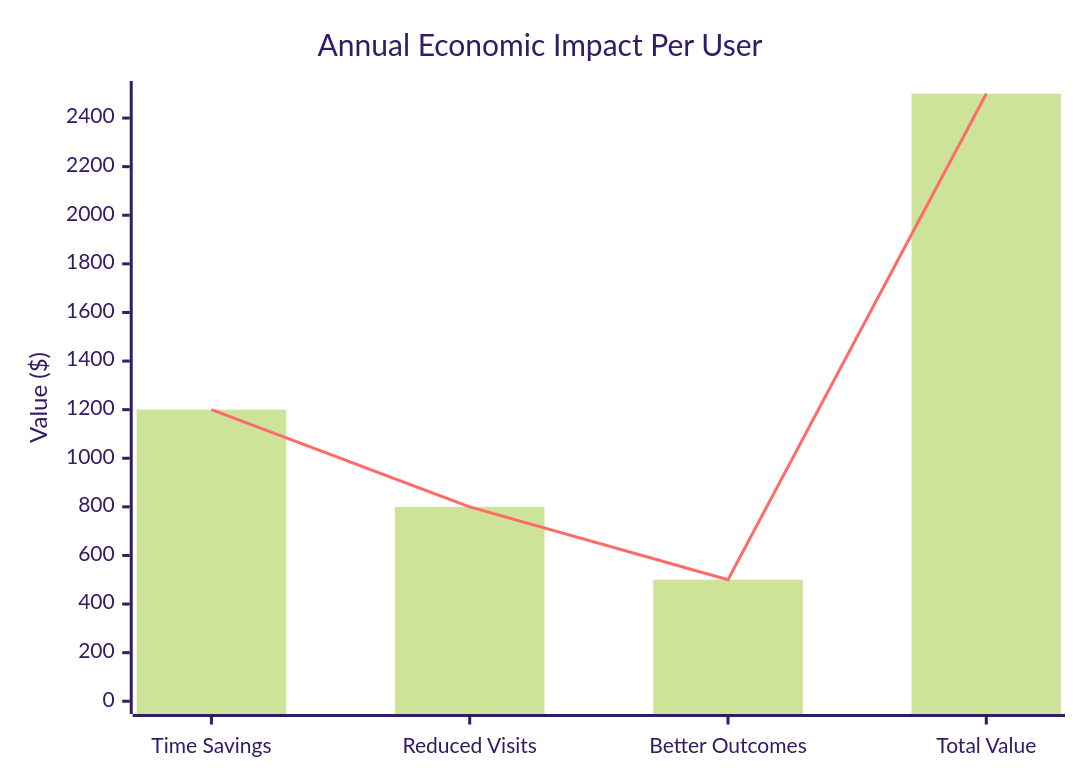
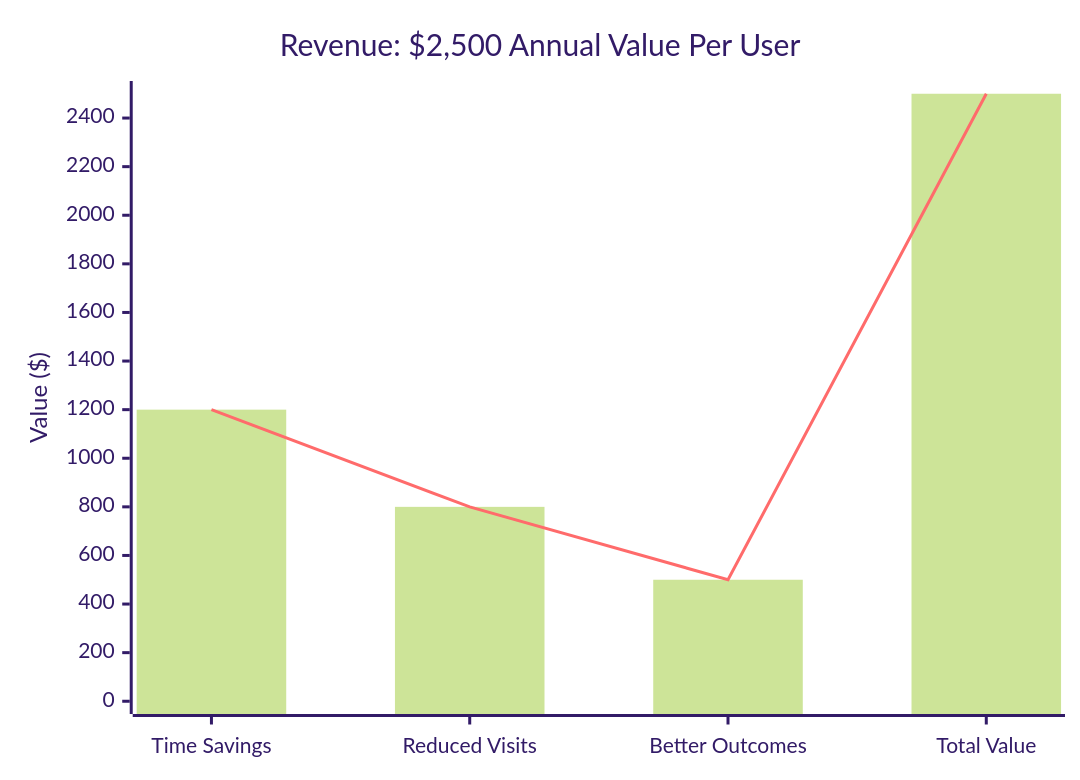
The eighth of 11 diagrams in README.md (Iceman-Dann/Medly), drawn with Mermaid (forest theme) before and after one commit. The commit also changed other lines of this file, not shown here.

````diff
--- a/README.md
+++ b/README.md
@@ -130,8 +127,8 @@
 ```mermaid
 xychart-beta
-    title "Annual Economic Impact Per User"
+    title "Revenue: $2,500 Annual Value Per User"
     x-axis ["Time Savings", "Reduced Visits", "Better Outcomes", "Total Value"]
     y-axis "Value ($)" 0 --> 2500
     bar [1200, 800, 500, 2500]
     line [1200, 800, 500, 2500]
 ```
````
